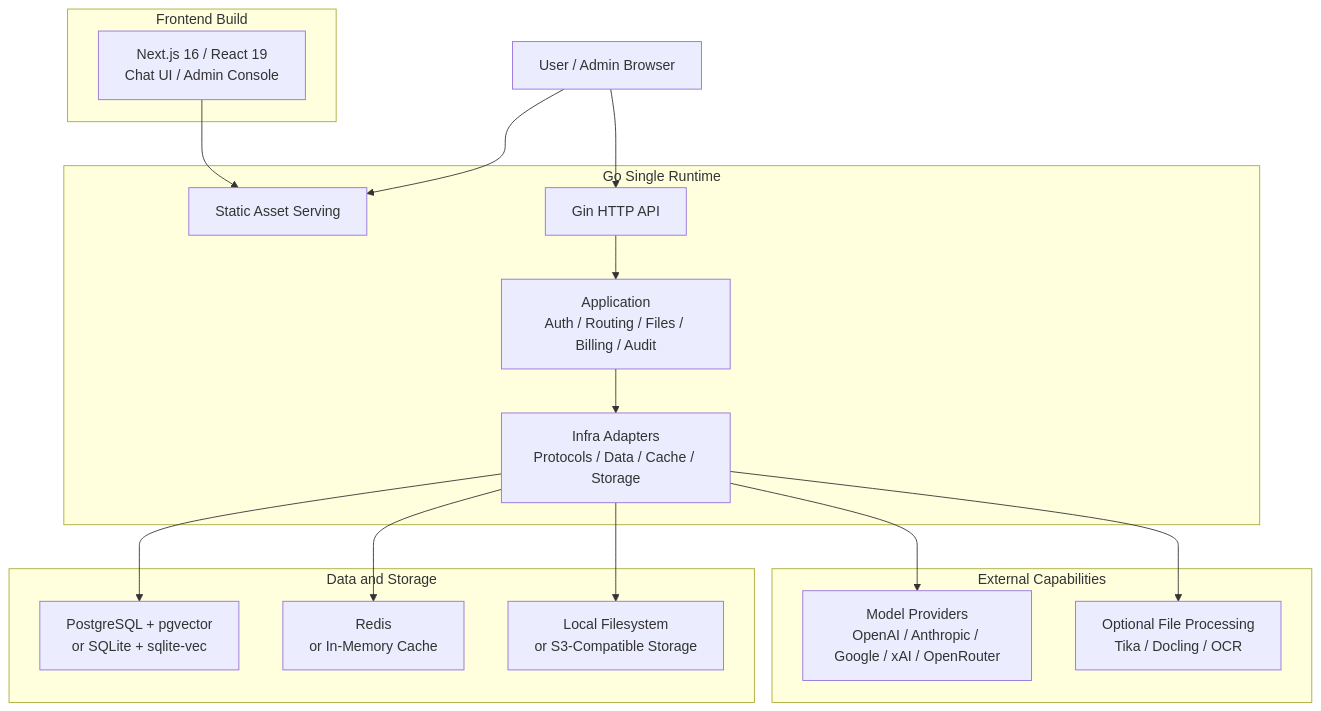
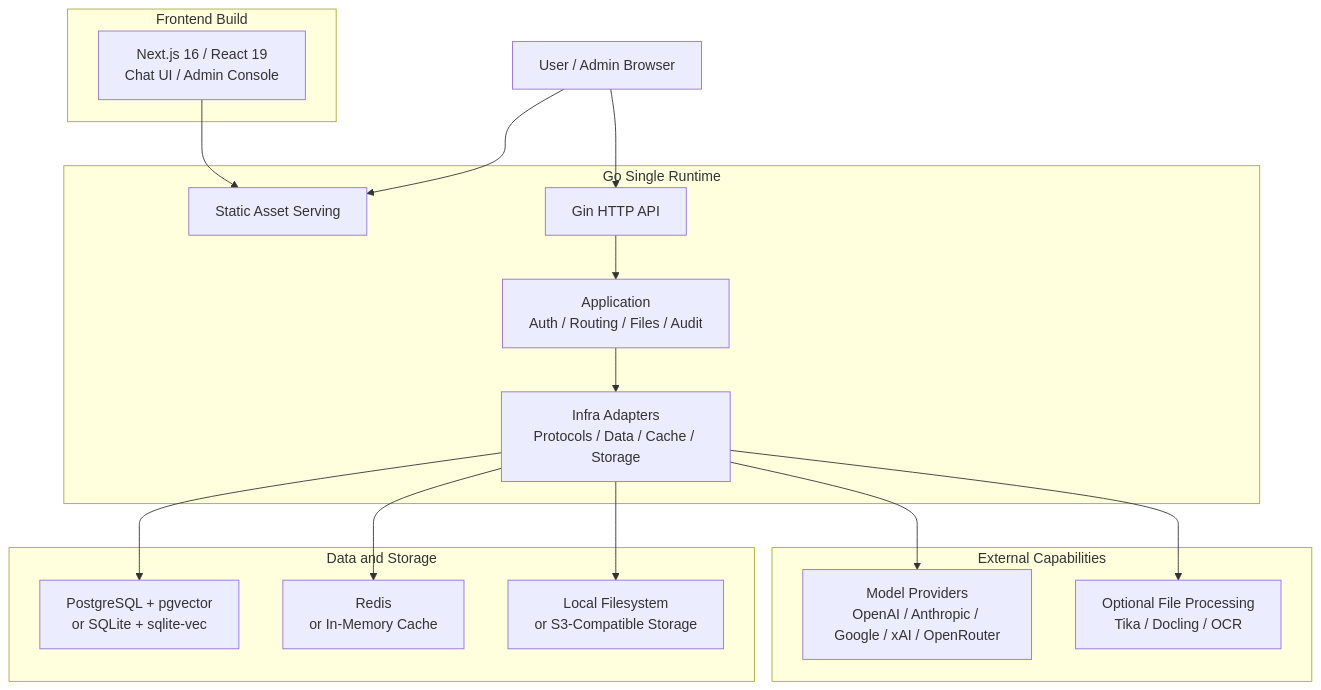
Before and after one commit to WangXingFan/CourseMate: the diagram in README.md, drawn with Mermaid. The commit also changed other lines of this file and 11 other files, not shown here.

````diff
--- a/README.md
+++ b/README.md
@@ -63,37 +62,37 @@
 ```mermaid
 flowchart TB
   Browser["User / Admin Browser"]
 
   subgraph Frontend["Frontend Build"]
     Web["Next.js 16 / React 19<br/>Chat UI / Admin Console"]
   end
 
   subgraph Backend["Go Single Runtime"]
     Static["Static Asset Serving"]
     HTTP["Gin HTTP API"]
-    App["Application<br/>Auth / Routing / Files / Billing / Audit"]
+    App["Application<br/>Auth / Routing / Files / Audit"]
     Infra["Infra Adapters<br/>Protocols / Data / Cache / Storage"]
   end
 
   subgraph External["External Capabilities"]
     Providers["Model Providers<br/>OpenAI / Anthropic / Google / xAI / OpenRouter"]
     Extractors["Optional File Processing<br/>Tika / Docling / OCR"]
   end
 
   subgraph Data["Data and Storage"]
     DB["PostgreSQL + pgvector<br/>or SQLite + sqlite-vec"]
     Cache["Redis<br/>or In-Memory Cache"]
     Storage["Local Filesystem<br/>or S3-Compatible Storage"]
   end
 
   Web --> Static
   Browser --> Static
   Browser --> HTTP
   HTTP --> App
   App --> Infra
   Infra --> Providers
   Infra --> Extractors
   Infra --> DB
   Infra --> Cache
   Infra --> Storage
 ```
````
